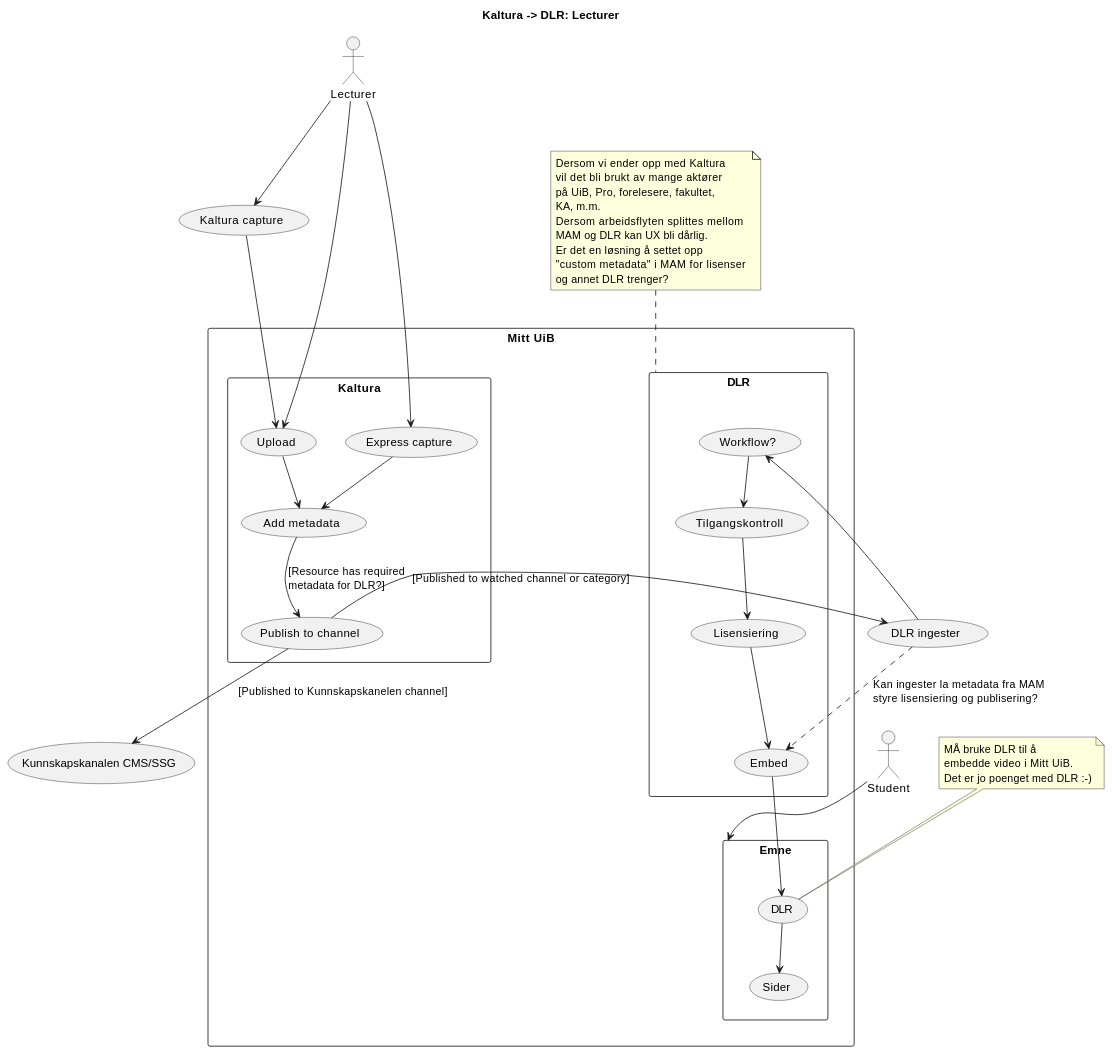
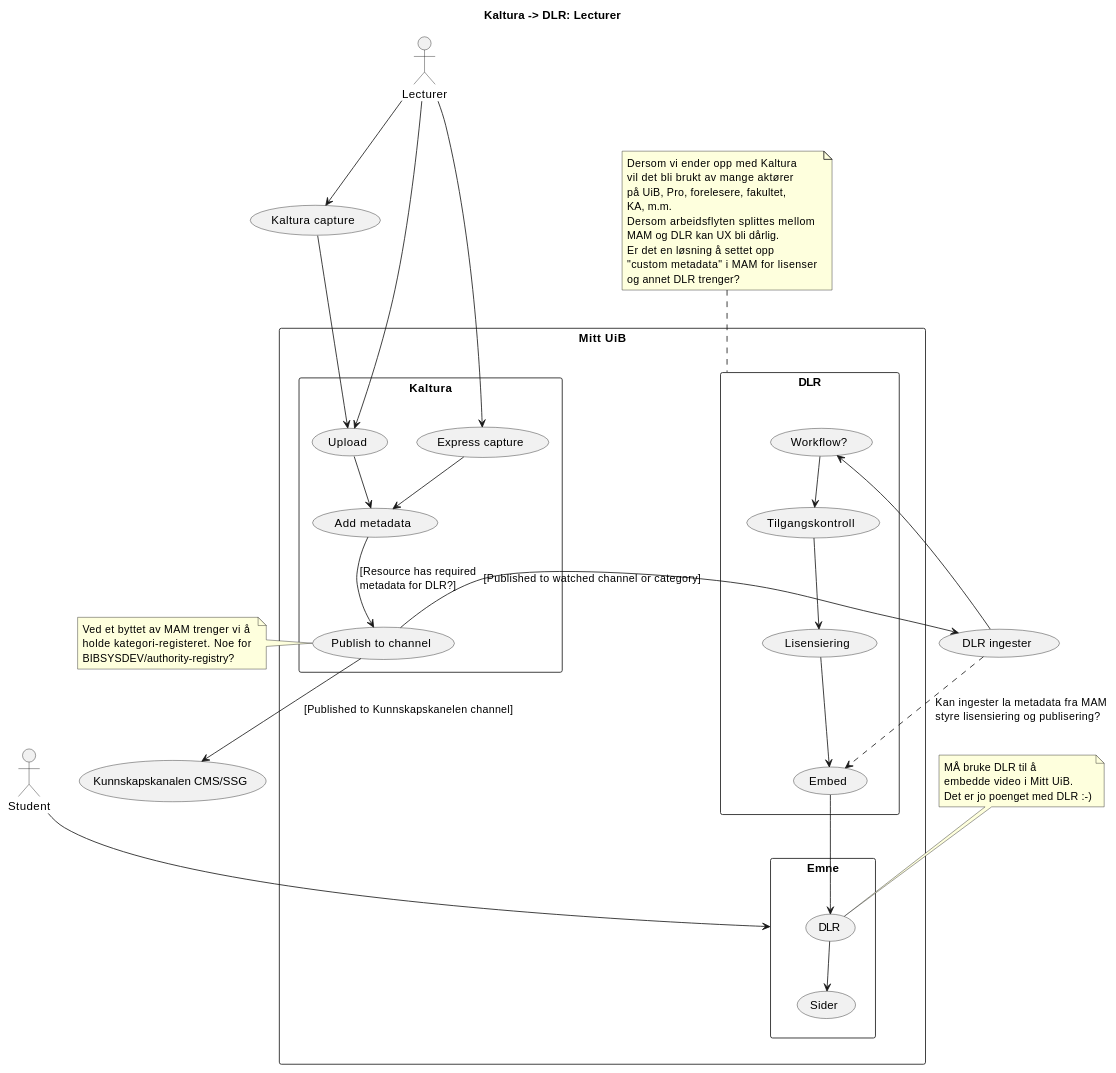
The diagram in src/docs/lecturer.md (tarjelavik/mam-dlr-architecture), drawn with PlantUML before and after one commit.

Commit message:
Improving lecurer flow

````diff
--- a/src/docs/lecturer.md
+++ b/src/docs/lecturer.md
@@ -6,69 +6,75 @@
 ```plantuml 
 @startuml
 
 title Kaltura -> DLR: Lecturer
 
 rectangle "Mitt UiB" as mittuib {
     rectangle Kaltura {
         (Upload)
         (Express capture) 
         (Add metadata) as metadata
         (Publish to channel) as channel
     }
 
     rectangle DLR {
         (Tilgangskontroll) as access
         (Lisensiering) as license
         (Embed) as embed
         (Workflow?) as wf
     }
     rectangle Emne {
         (Sider) as sider
         (DLR) as ltidlr
     }
 }
 
 :Lecturer: 
 :Student: 
 
 Lecturer --> (Upload)
 Lecturer --> (Kaltura capture)
 Lecturer --> (Express capture) 
 (Kaltura capture) --> (Upload)
 (Upload) --> metadata
 (Express capture) --> metadata
 metadata --> channel : "[Resource has required\lmetadata for DLR?]"
 
 channel --> (DLR ingester) : "[Published to watched channel or category]"
 channel --> (Kunnskapskanalen CMS/SSG) : "[Published to Kunnskapskanelen channel]"
 (DLR ingester) --> wf
 (DLR ingester) ..> embed : "Kan ingester la metadata fra MAM\lstyre lisensiering og publisering?"
 embed --> ltidlr
 
 note top of ltidlr
     MÅ bruke DLR til å
     embedde video i Mitt UiB.
     Det er jo poenget med DLR :-)
 end note
 
 wf --> access
 access --> license
 license --> embed
 
 ltidlr --> sider
 
 :Student: --> Emne
 
 note top of DLR 
     Dersom vi ender opp med Kaltura
     vil det bli brukt av mange aktører
     på UiB, Pro, forelesere, fakultet,
     KA, m.m.
     Dersom arbeidsflyten splittes mellom
     MAM og DLR kan UX bli dårlig.
     Er det en løsning å settet opp 
     "custom metadata" i MAM for lisenser 
     og annet DLR trenger?
 end note
+
+note left of channel
+    Ved et byttet av MAM trenger vi å
+    holde kategori-registeret. Noe for 
+    BIBSYSDEV/authority-registry?
+end note
 @enduml
 ```
````
